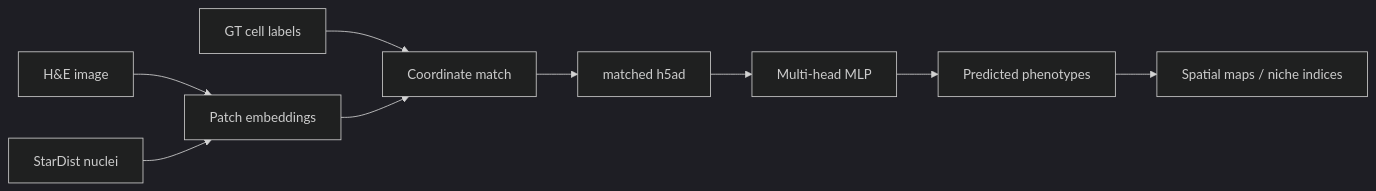
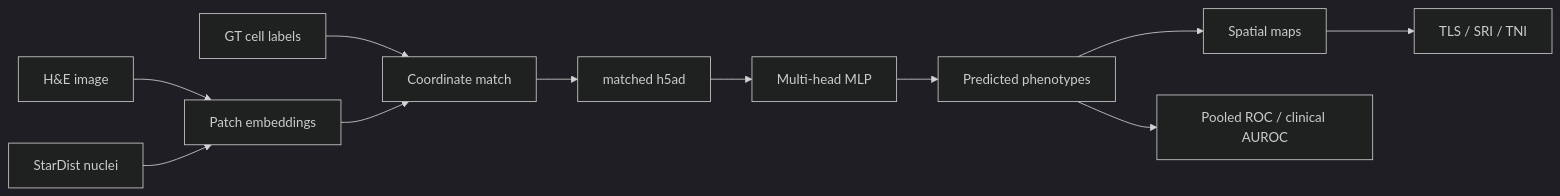
The diagram in README.md (LingyuLi-math/Hist2Pheno), drawn with Mermaid (dark theme) before and after one commit. The commit also changed other lines of this file and 33 other files, not shown here.

````diff
--- a/README.md
+++ b/README.md
@@ -20,11 +23,13 @@
 ```mermaid
 flowchart LR
   HE[H&E image] --> UNI[Patch embeddings]
   GT[GT cell labels] --> Match[Coordinate match]
   UNI --> Match
   Match --> H5AD[matched h5ad]
   H5AD --> MLP[Multi-head MLP]
   MLP --> Pred[Predicted phenotypes]
-  Pred --> Spatial[Spatial maps / niche indices]
+  Pred --> Spatial[Spatial maps]
+  Pred --> Clinical[Pooled ROC / clinical AUROC]
+  Spatial --> Niche[TLS / SRI / TNI]
   Star[StarDist nuclei] --> UNI
 ```
````
